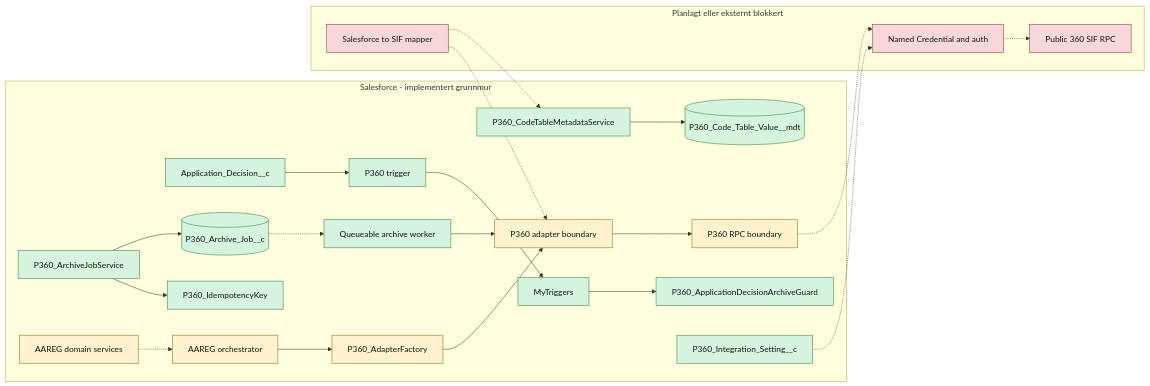
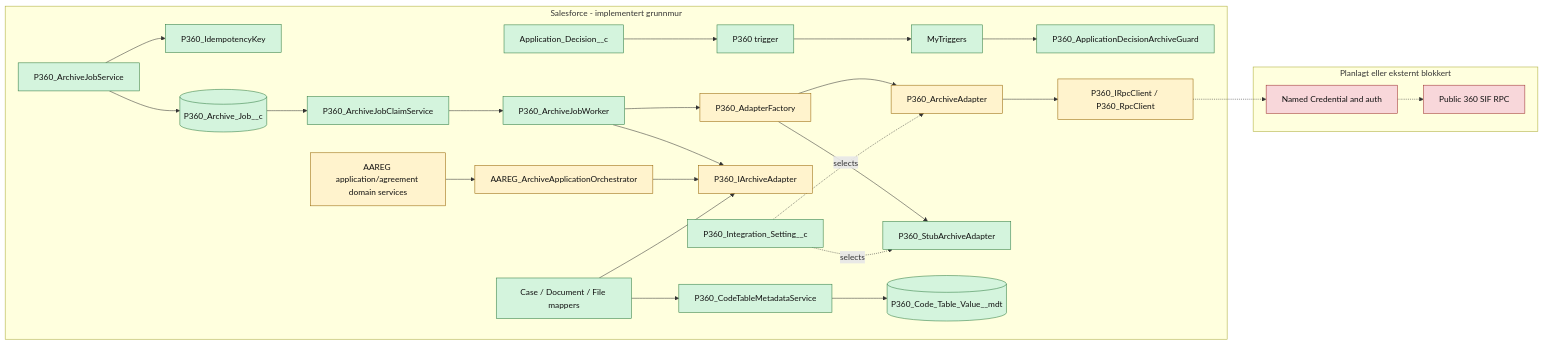
Before and after one commit to navikt/crm-arbeidsforhold: the first of 4 diagrams in docs/integrations/p360/teknisk-oversikt.md, drawn with Mermaid. The commit also changed other lines of this file and 12 other files, not shown here.

Commit message:
docs(p360): update architecture diagrams and add class diagram

````diff
--- a/docs/integrations/p360/teknisk-oversikt.md
+++ b/docs/integrations/p360/teknisk-oversikt.md
@@ -56,48 +57,53 @@
 ```mermaid
 graph LR
     subgraph Salesforce[Salesforce - implementert grunnmur]
         Decision[Application_Decision__c]
         Trigger[P360 trigger]
         MyTriggers[MyTriggers]
         Guard[P360_ApplicationDecisionArchiveGuard]
         Key[P360_IdempotencyKey]
         JobService[P360_ArchiveJobService]
         Job[(P360_Archive_Job__c)]
-        Domain[AAREG domain services]
-        Orchestrator[AAREG orchestrator]
+        Claim[P360_ArchiveJobClaimService]
+        Domain[AAREG application/agreement domain services]
+        Orchestrator[AAREG_ArchiveApplicationOrchestrator]
         Factory[P360_AdapterFactory]
-        Adapter[P360 adapter boundary]
-        Rpc[P360 RPC boundary]
-        Worker[Queueable archive worker]
+        Adapter[P360_IArchiveAdapter]
+        LiveAdapter[P360_ArchiveAdapter]
+        StubAdapter[P360_StubArchiveAdapter]
+        Rpc[P360_IRpcClient / P360_RpcClient]
+        Worker[P360_ArchiveJobWorker]
+        Mapper[Case / Document / File mappers]
         CodeTable[(P360_Code_Table_Value__mdt)]
         CodeTableService[P360_CodeTableMetadataService]
         Config[P360_Integration_Setting__c]
     end
 
     subgraph Future[Planlagt eller eksternt blokkert]
-        Mapper[Salesforce to SIF mapper]
         Auth[Named Credential and auth]
         P360[Public 360 SIF RPC]
     end
 
     Decision --> Trigger --> MyTriggers --> Guard
     JobService --> Key
     JobService --> Job
-    Job -.-> Worker
+    Job --> Claim --> Worker
+    Worker --> Factory
     Worker --> Adapter
-    Domain -.-> Orchestrator
-    Orchestrator --> Factory --> Adapter --> Rpc
+    Domain --> Orchestrator --> Adapter
+    Factory --> StubAdapter
+    Factory --> LiveAdapter --> Rpc
     Rpc -.-> Auth -.-> P360
-    Mapper -.-> Adapter
+    Mapper --> Adapter
     CodeTableService --> CodeTable
-    Mapper -.-> CodeTableService
-    Config -.-> Auth
+    Mapper --> CodeTableService
+    Config -. selects .-> StubAdapter
+    Config -. selects .-> LiveAdapter
 
     classDef implemented fill:#d4f4dd,stroke:#2d7a3e,color:#111
     classDef contract fill:#fff3cd,stroke:#946200,color:#111
     classDef blocked fill:#f8d7da,stroke:#9b2c2c,color:#111
-    class Decision,Trigger,MyTriggers,Guard,Key,JobService,Job,CodeTable,CodeTableService,Config implemented
-    class Domain,Orchestrator,Factory,Adapter,Rpc contract
-    class Worker,CodeTable,CodeTableService,Config implemented
-    class Mapper,Auth,P360 blocked
+    class Decision,Trigger,MyTriggers,Guard,Key,JobService,Job,Claim,Worker,Mapper,CodeTable,CodeTableService,Config,StubAdapter implemented
+    class Domain,Orchestrator,Factory,Adapter,LiveAdapter,Rpc contract
+    class Auth,P360 blocked
 ```
````
